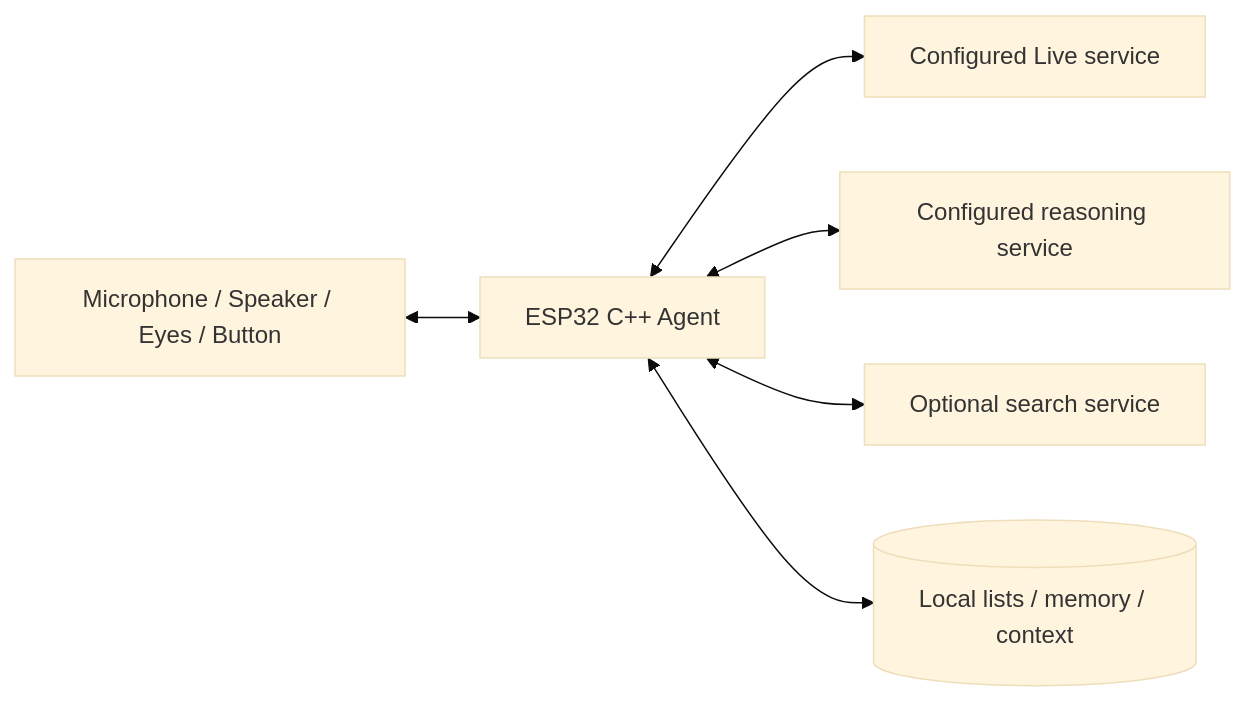
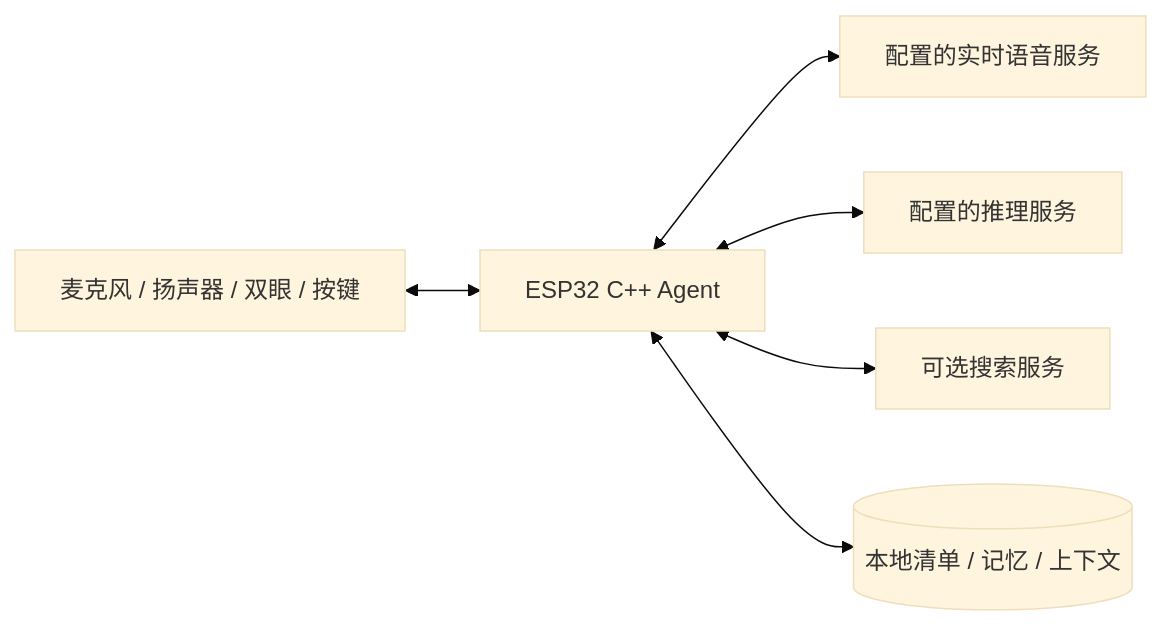
The diagram in README.zh-CN.md (skiyo/pikoo), drawn with Mermaid (base theme) before and after one commit. The commit also changed other lines of this file and 53 other files, not shown here.

````diff
--- a/README.zh-CN.md
+++ b/README.zh-CN.md
@@ -40,8 +47,8 @@
 ```mermaid
 flowchart LR
-    Hardware[Microphone / Speaker / Eyes / Button] <--> Agent[ESP32 C++ Agent]
-    Agent <--> Live[Configured Live service]
-    Agent <--> LLM[Configured reasoning service]
-    Agent <--> Search[Optional search service]
-    Agent <--> Store[(Local lists / memory / context)]
+    Hardware[麦克风 / 扬声器 / 双眼 / 按键] <--> Agent[ESP32 C++ Agent]
+    Agent <--> Voice[配置的实时语音服务]
+    Agent <--> LLM[配置的推理服务]
+    Agent <--> Search[可选搜索服务]
+    Agent <--> Store[(本地清单 / 记忆 / 上下文)]
 ```
````
